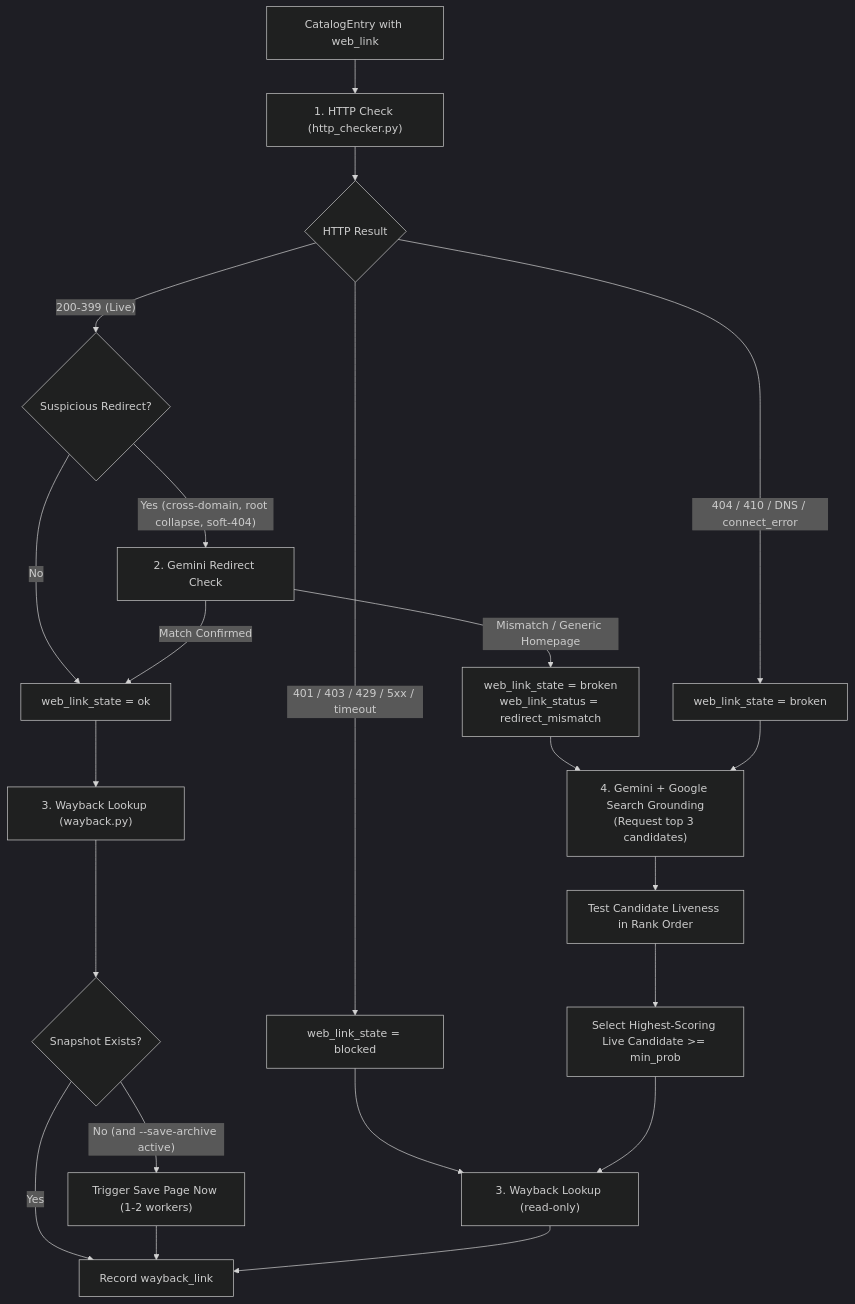
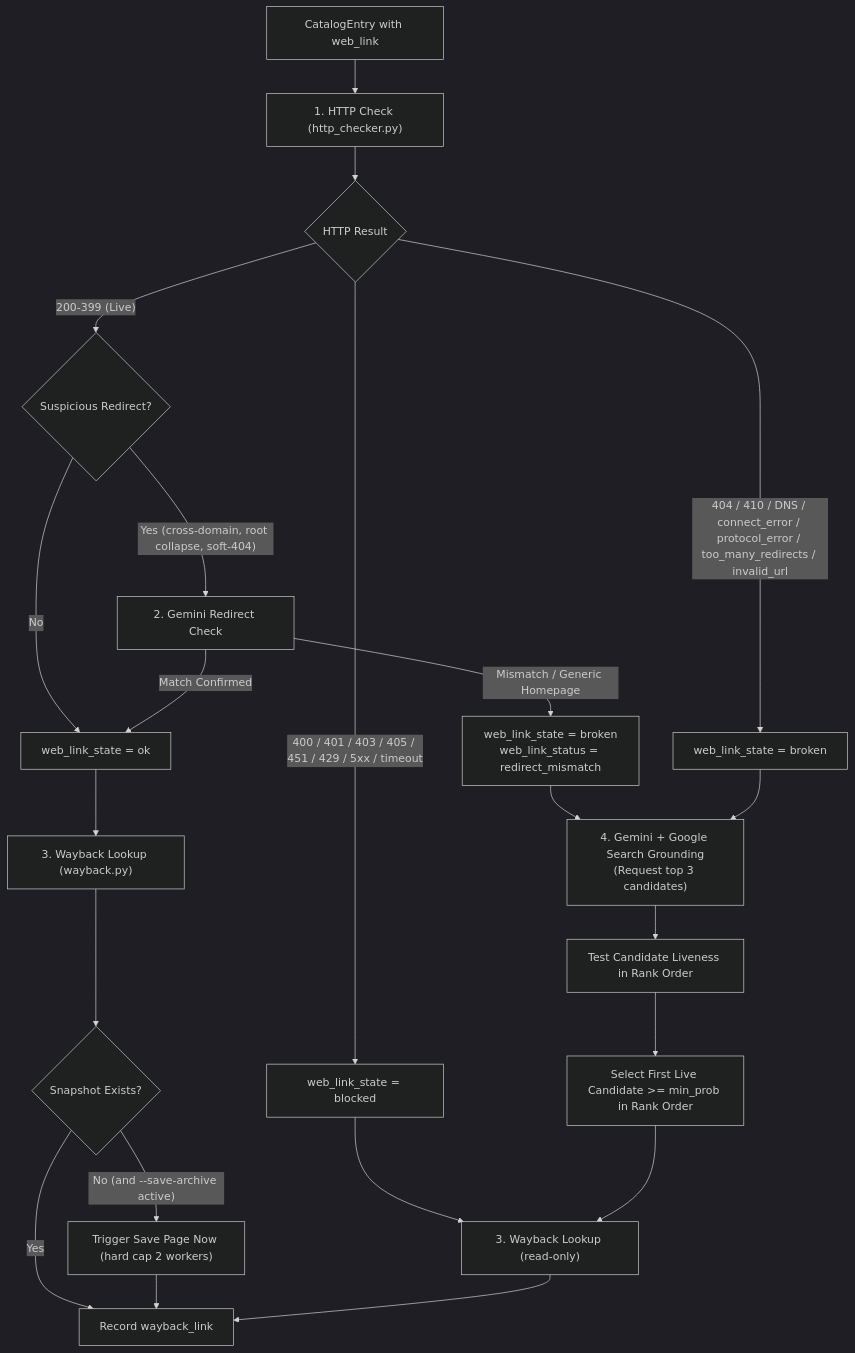
The second of 2 diagrams in SPEC.md (charlesroper/FSCLegacy-fscbiodiversity.uk-idsignpost), drawn with Mermaid (dark theme) before and after one commit. The commit also changed other lines of this file, not shown here.

First line of the commit message:
Refine spec for link failure and data safety

````diff
--- a/SPEC.md
+++ b/SPEC.md
@@ -147,29 +159,29 @@
 ```mermaid
 flowchart TD
     A["CatalogEntry with web_link"] --> B["1. HTTP Check (http_checker.py)"]
     B --> C{"HTTP Result"}
 
     C -- "200-399 (Live)" --> D{"Suspicious Redirect?"}
     D -- "No" --> E["web_link_state = ok"]
     D -- "Yes (cross-domain, root collapse, soft-404)" --> F["2. Gemini Redirect Check"]
     F -- "Match Confirmed" --> E
     F -- "Mismatch / Generic Homepage" --> G["web_link_state = broken\nweb_link_status = redirect_mismatch"]
 
-    C -- "401 / 403 / 429 / 5xx / timeout" --> H["web_link_state = blocked"]
-    C -- "404 / 410 / DNS / connect_error" --> I["web_link_state = broken"]
+    C -- "400 / 401 / 403 / 405 / 451 / 429 / 5xx / timeout" --> H["web_link_state = blocked"]
+    C -- "404 / 410 / DNS / connect_error / protocol_error / too_many_redirects / invalid_url" --> I["web_link_state = broken"]
 
     E --> J["3. Wayback Lookup (wayback.py)"]
     J --> K{"Snapshot Exists?"}
     K -- "Yes" --> L["Record wayback_link"]
-    K -- "No (and --save-archive active)" --> M["Trigger Save Page Now (1-2 workers)"]
+    K -- "No (and --save-archive active)" --> M["Trigger Save Page Now (hard cap 2 workers)"]
     M --> L
 
     H --> N["3. Wayback Lookup (read-only)"]
     N --> L
 
     G --> O["4. Gemini + Google Search Grounding\n(Request top 3 candidates)"]
     I --> O
     O --> P["Test Candidate Liveness in Rank Order"]
-    P --> Q["Select Highest-Scoring Live Candidate >= min_prob"]
+    P --> Q["Select First Live Candidate >= min_prob in Rank Order"]
     Q --> N
 ```
````
